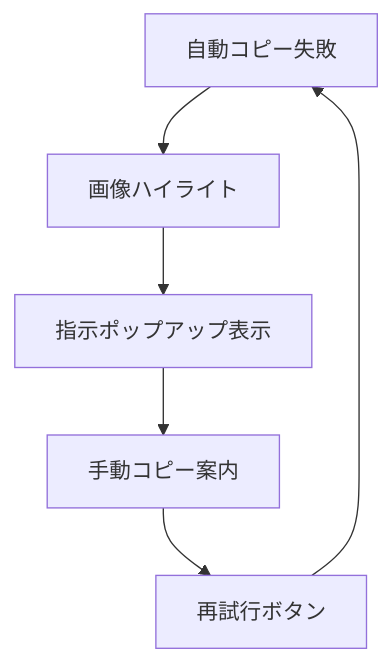
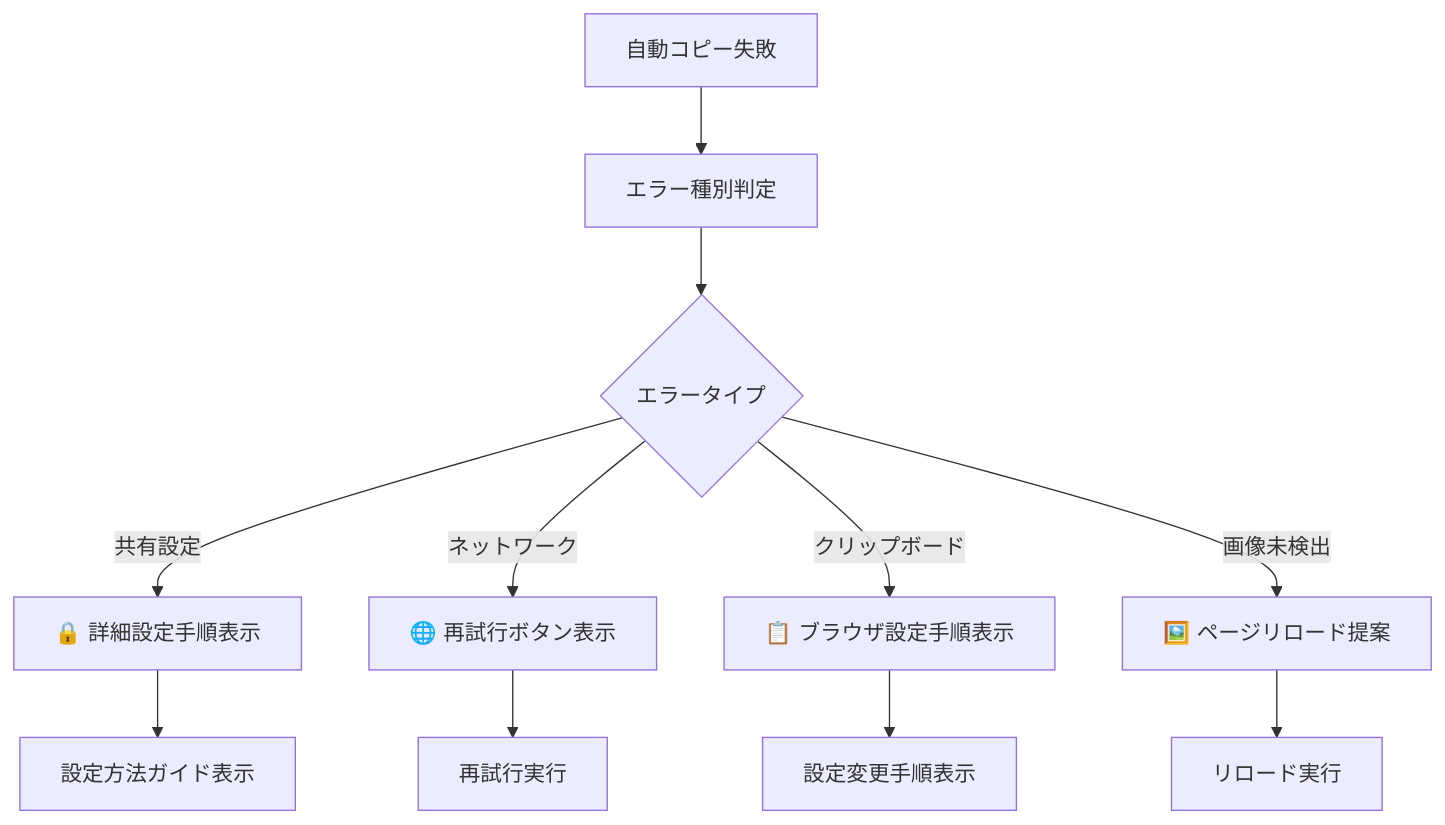
The second of 2 diagrams in docs/technical-details.md (genkitoyama/Google-Drive-Image-Copy), drawn with Mermaid before and after one commit. The commit also changed other lines of this file and 1 other file, not shown here.

````diff
--- a/docs/technical-details.md
+++ b/docs/technical-details.md
@@ -97,8 +97,13 @@
 ```mermaid
 graph TD
-A[自動コピー失敗] --> B[画像ハイライト]
-B --> C[指示ポップアップ表示]
-C --> D[手動コピー案内]
-D --> E[再試行ボタン]
-E --> A
+A[自動コピー失敗] --> B[エラー種別判定]
+B --> C{エラータイプ}
+C -->|共有設定| D[🔒 詳細設定手順表示]
+C -->|ネットワーク| E[🌐 再試行ボタン表示]
+C -->|クリップボード| F[📋 ブラウザ設定手順表示]
+C -->|画像未検出| G[🖼️ ページリロード提案]
+D --> H[設定方法ガイド表示]
+E --> I[再試行実行]
+F --> J[設定変更手順表示]
+G --> K[リロード実行]
 ```
````
